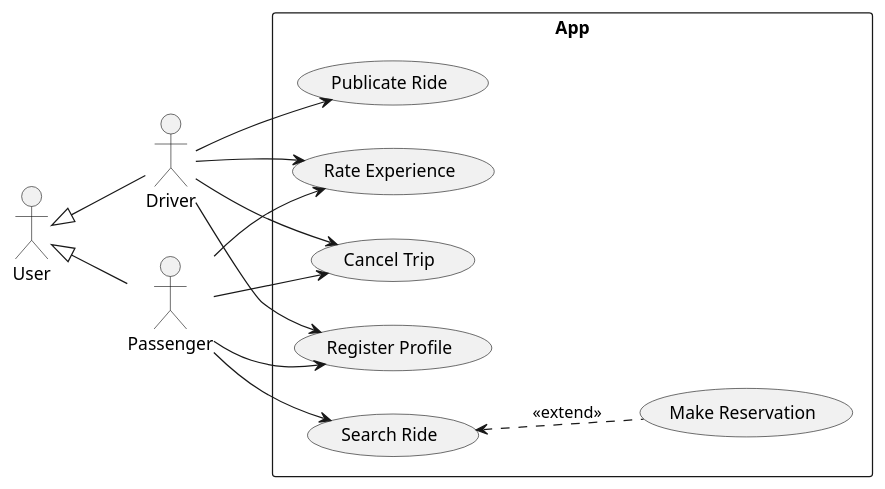
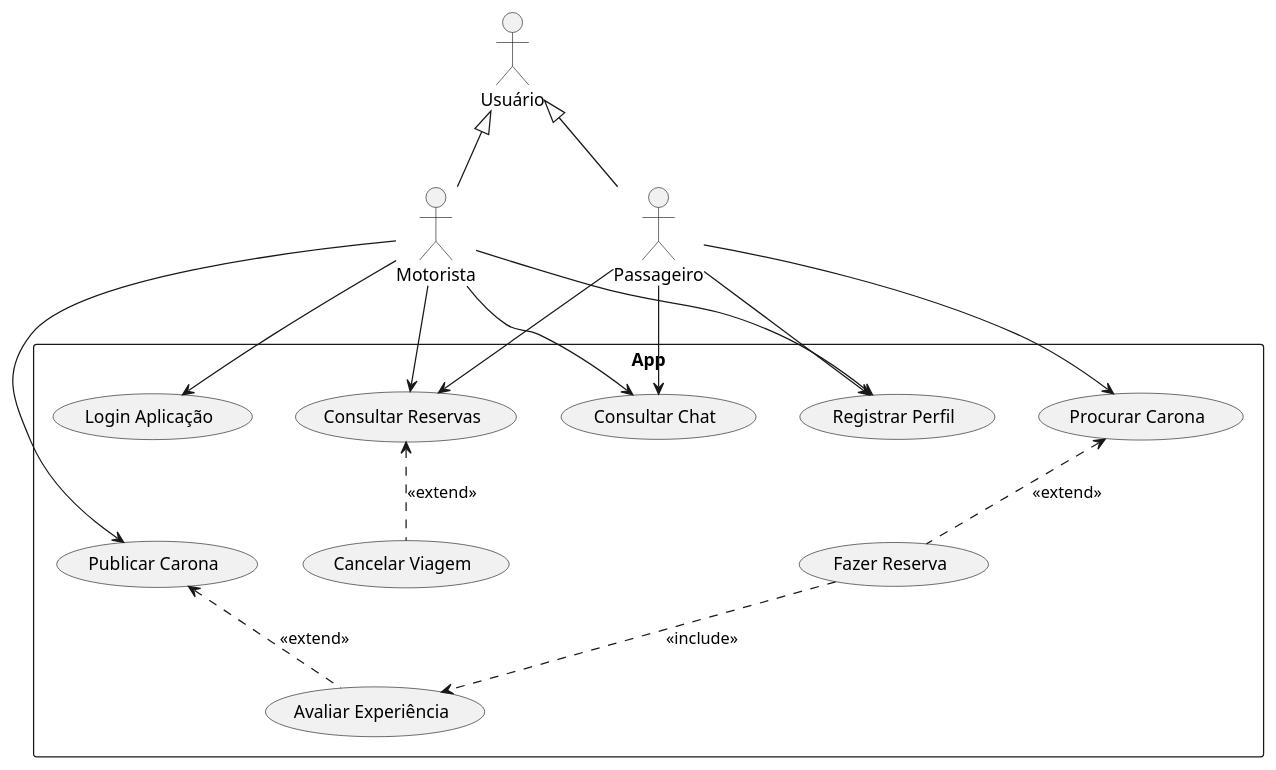
Before and after one commit to Pesagniya/FATEC-Ride: the diagram in docs/usecase/usecases.puml, drawn with PlantUML.

```diff
--- a/docs/usecase/usecases.puml
+++ b/docs/usecase/usecases.puml
@@ -1,34 +1,44 @@
 @startuml
-left to right direction
 skinparam packageStyle rectangle
 
-actor User as user
-actor Driver as driver
-actor Passenger as passenger
+actor Usuário as user
+actor Motorista as driver
+actor Passageiro as passenger
 
 user <|-- driver
 user <|-- passenger
 
 rectangle "App" {
   
-    usecase "Publicate Ride" as publicateRide
-    usecase "Make Reservation" as interest
-    usecase "Rate Experience" as rateExp
-    usecase "Search Ride" as search
-    usecase "Cancel Trip" as cancel
-    usecase "Register Profile" as register
+    usecase "Publicar Carona" as publicate
+    usecase "Fazer Reserva" as interest
+    usecase "Avaliar Experiência" as rateExp
+    usecase "Procurar Carona" as search
+    usecase "Cancelar Viagem" as cancel
+    usecase "Registrar Perfil" as register
+    usecase "Login Aplicação" as login
+    usecase "Consultar Chat" as talk
+    usecase "Consultar Reservas" as consult
+
+
     search <.. interest  : <<extend>>
+    consult <.. cancel  : <<extend>>
+    publicate <.. rateExp  : <<extend>>
+    interest ..> rateExp  : <<include>>
 
-    driver --> publicateRide
-    driver --> rateExp
-    driver --> cancel
+
+    driver --> publicate
     driver --> register
+    driver --> login
+    driver --> talk
+    driver --> consult
+
+
 
     passenger --> register
-    passenger --> rateExp
     passenger --> search
-    passenger --> cancel
-
+    passenger --> talk
+    passenger --> consult
 
 }
 @enduml
```
